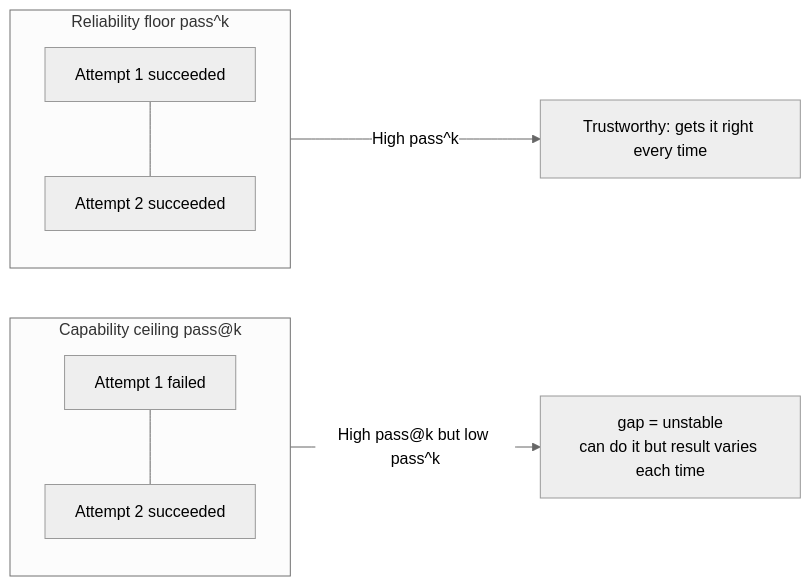
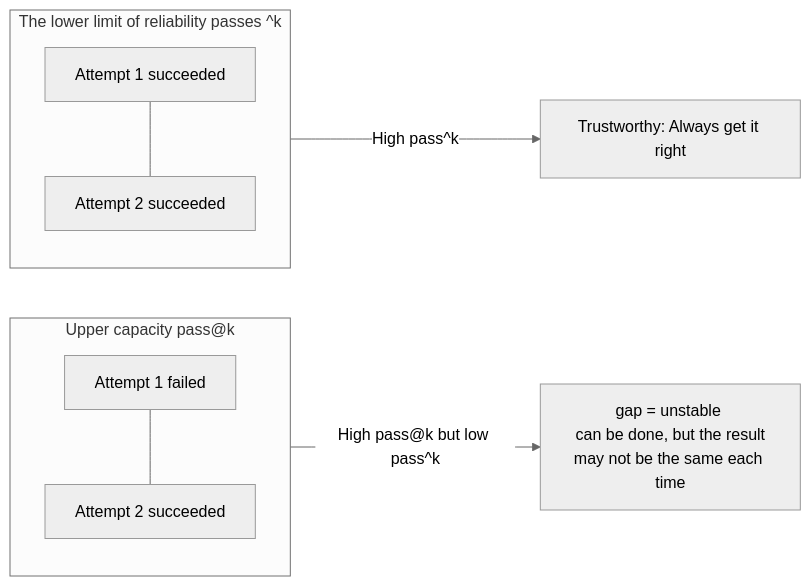
One commit to rpamis/comet-website-docs changed the first of 2 diagrams in en/eval/scoring.mdx. Above: the diagram before and after it, drawn with Mermaid (neutral theme). The commit also changed other lines of this file and 158 other files, not shown here.

````diff
--- a/en/eval/scoring.mdx
+++ b/en/eval/scoring.mdx
@@ -204,11 +219,11 @@
 ```mermaid
 flowchart LR
-    subgraph Cap["Capability ceiling pass@k"]
+    subgraph Cap["Upper capacity pass@k"]
         A1["Attempt 1 failed"] --- A2["Attempt 2 succeeded"]
     end
-    subgraph Rel["Reliability floor pass^k"]
+    subgraph Rel["The lower limit of reliability passes ^k"]
         B1["Attempt 1 succeeded"] --- B2["Attempt 2 succeeded"]
     end
-    Cap -->|"High pass@k but low pass^k"| Gap["gap = unstable<br/>can do it but result varies each time"]
-    Rel -->|"High pass^k"| Trust["Trustworthy: gets it right every time"]
+    Cap -->|"High pass@k but low pass^k"| Gap["gap = unstable <br/> can be done, but the result may not be the same each time"]
+    Rel -->|"High pass^k"| Trust["Trustworthy: Always get it right"]
 ```
````
